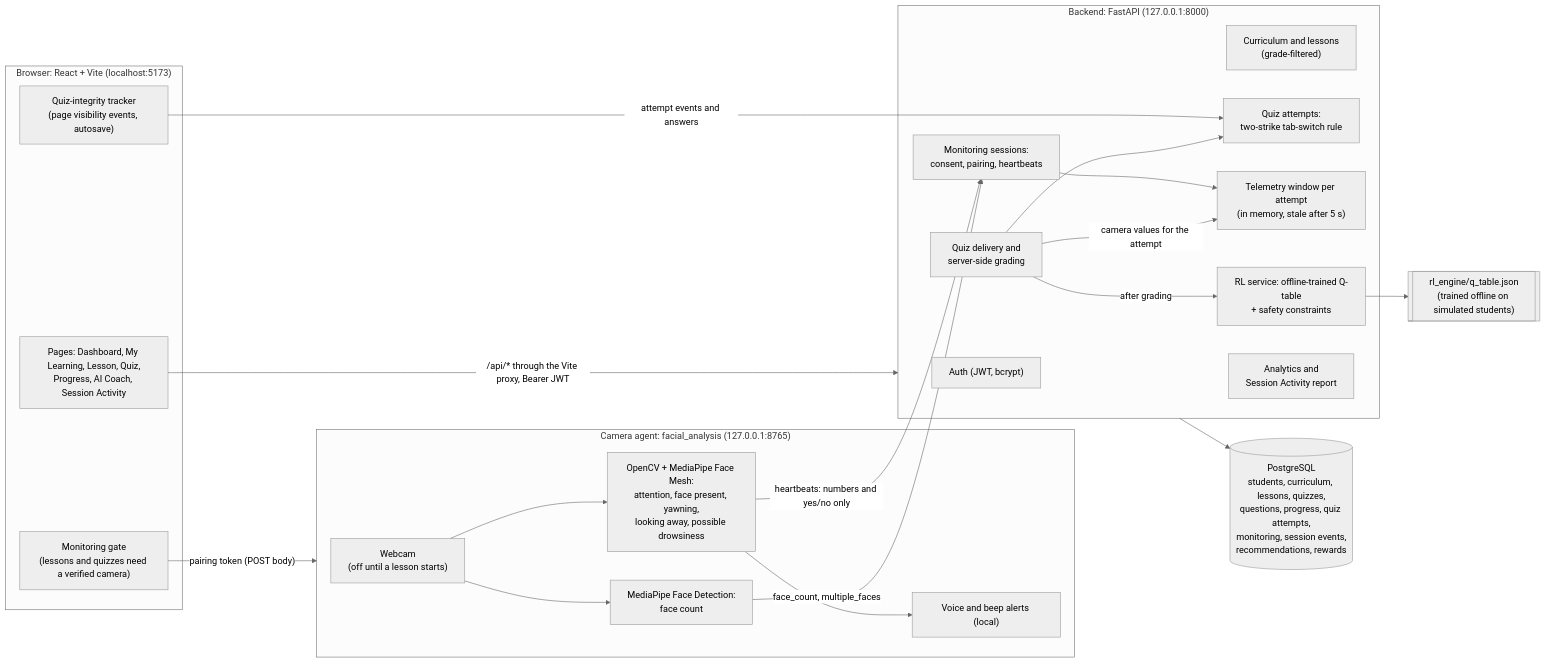
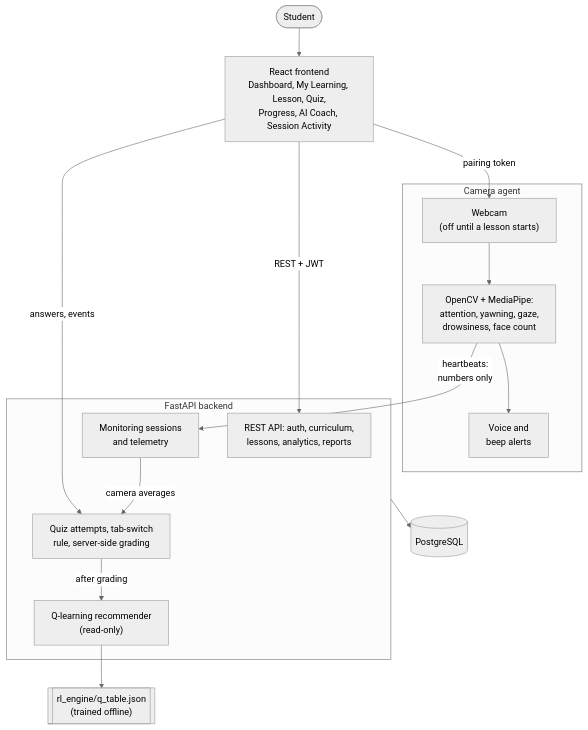
Before and after one commit to tejasnayak24/Adaptive_learning_system: the first of 2 diagrams in docs/ARCHITECTURE.md, drawn with Mermaid (neutral theme). The commit also changed other lines of this file and 2 other files, not shown here.

````diff
--- a/docs/ARCHITECTURE.md
+++ b/docs/ARCHITECTURE.md
@@ -8,44 +16,30 @@
 ```mermaid
-flowchart LR
-    subgraph Browser["Browser: React + Vite (localhost:5173)"]
-        UI["Pages: Dashboard, My Learning, Lesson, Quiz,<br/>Progress, AI Coach, Session Activity"]
-        GATE["Monitoring gate<br/>(lessons and quizzes need a verified camera)"]
-        TRACK["Quiz-integrity tracker<br/>(page visibility events, autosave)"]
+flowchart TB
+    student(["Student"])
+    ui["React frontend<br/>Dashboard, My Learning, Lesson, Quiz,<br/>Progress, AI Coach, Session Activity"]
+
+    subgraph agent["Camera agent"]
+        cam["Webcam<br/>(off until a lesson starts)"] --> cv["OpenCV + MediaPipe:<br/>attention, yawning, gaze,<br/>drowsiness, face count"]
+        cv --> alerts["Voice and<br/>beep alerts"]
     end
 
-    subgraph Agent["Camera agent: facial_analysis (127.0.0.1:8765)"]
-        CAM["Webcam<br/>(off until a lesson starts)"]
-        FP["OpenCV + MediaPipe Face Mesh:<br/>attention, face present, yawning,<br/>looking away, possible drowsiness"]
-        FC["MediaPipe Face Detection:<br/>face count"]
-        VOICE["Voice and beep alerts (local)"]
-        CAM --> FP
-        CAM --> FC
-        FP --> VOICE
+    subgraph be["FastAPI backend"]
+        api["REST API: auth, curriculum,<br/>lessons, analytics, reports"]
+        quiz["Quiz attempts, tab-switch<br/>rule, server-side grading"]
+        mon["Monitoring sessions<br/>and telemetry"]
+        rl["Q-learning recommender<br/>(read-only)"]
     end
 
-    subgraph API["Backend: FastAPI (127.0.0.1:8000)"]
-        AUTH["Auth (JWT, bcrypt)"]
-        CUR["Curriculum and lessons<br/>(grade-filtered)"]
-        QUIZ["Quiz delivery and<br/>server-side grading"]
-        ATT["Quiz attempts:<br/>two-strike tab-switch rule"]
-        MON["Monitoring sessions:<br/>consent, pairing, heartbeats"]
-        TEL["Telemetry window per attempt<br/>(in memory, stale after 5 s)"]
-        RL["RL service: offline-trained Q-table<br/>+ safety constraints"]
-        AN["Analytics and<br/>Session Activity report"]
-    end
+    db[("PostgreSQL")]
+    qt[["rl_engine/q_table.json<br/>(trained offline)"]]
 
-    DB[("PostgreSQL<br/>students, curriculum, lessons, quizzes,<br/>questions, progress, quiz attempts,<br/>monitoring, session events,<br/>recommendations, rewards")]
-    QT[["rl_engine/q_table.json<br/>(trained offline on simulated students)"]]
-
-    UI -- "/api/* through the Vite proxy, Bearer JWT" --> API
-    TRACK -- "attempt events and answers" --> ATT
-    GATE -- "pairing token (POST body)" --> Agent
-    FP -- "heartbeats: numbers and yes/no only" --> MON
-    FC -- "face_count, multiple_faces" --> MON
-    MON --> TEL
-    QUIZ -- "camera values for the attempt" --> TEL
-    QUIZ --> ATT
-    QUIZ -- "after grading" --> RL
-    RL --> QT
-    API --> DB
+    student --> ui
+    ui -- "REST + JWT" --> api
+    ui -- "answers, events" --> quiz
+    ui -- "pairing token" --> cam
+    cv -- "heartbeats:<br/>numbers only" --> mon
+    mon -- "camera averages" --> quiz
+    quiz -- "after grading" --> rl
+    rl --> qt
+    be --> db
 ```
````
